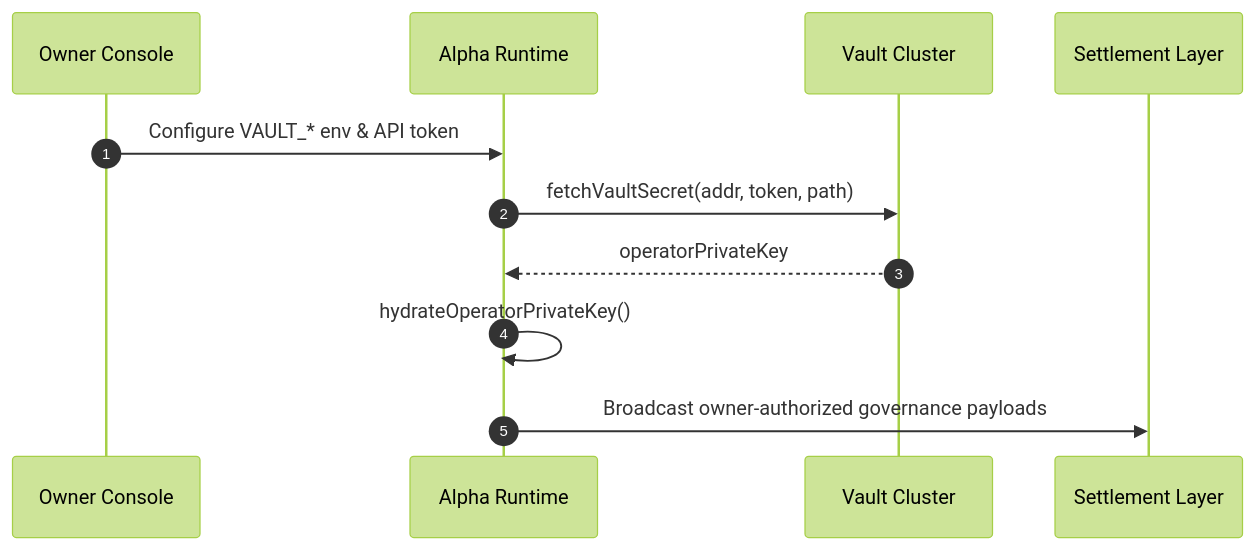
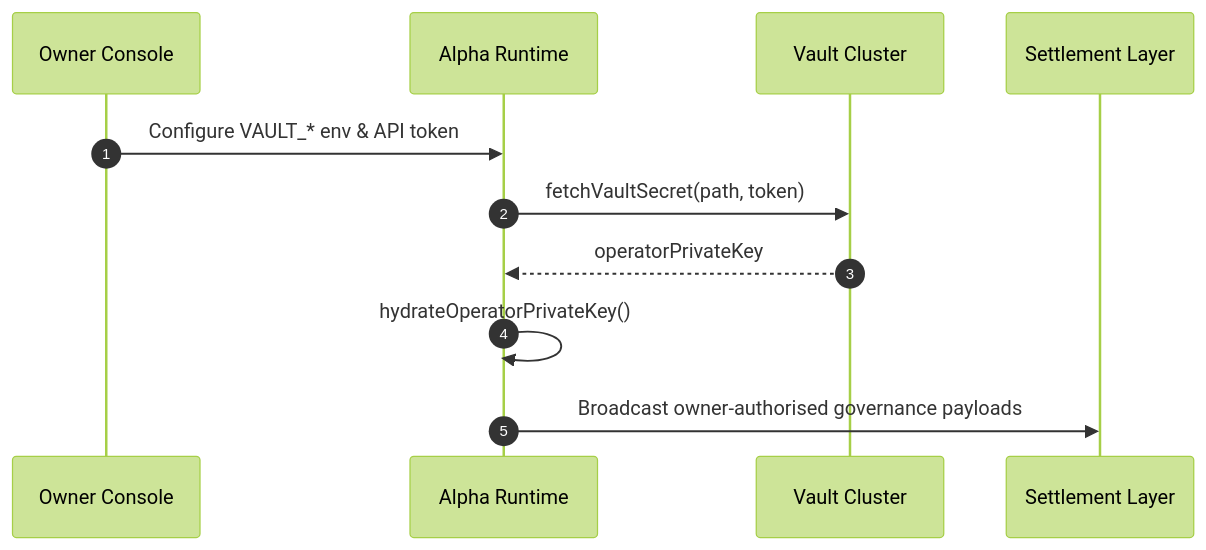
Before and after one commit to MontrealAI/AGI-Alpha-Node-v0: the ninth of 12 diagrams in docs/economics.md, drawn with Mermaid (forest theme). The commit also changed other lines of this file, not shown here.

````diff
--- a/docs/economics.md
+++ b/docs/economics.md
@@ -385,14 +382,14 @@
 ```mermaid
 sequenceDiagram
   autonumber
   participant Owner as Owner Console
   participant Runtime as Alpha Runtime
   participant Vault as Vault Cluster
   participant Chain as Settlement Layer
 
   Owner->>Runtime: Configure VAULT_* env & API token
-  Runtime->>Vault: fetchVaultSecret(addr, token, path)
+  Runtime->>Vault: fetchVaultSecret(path, token)
   Vault-->>Runtime: operatorPrivateKey
   Runtime->>Runtime: hydrateOperatorPrivateKey()
-  Runtime->>Chain: Broadcast owner-authorized governance payloads
+  Runtime->>Chain: Broadcast owner-authorised governance payloads
 ```
````
